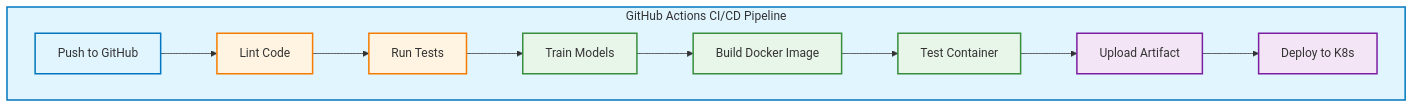
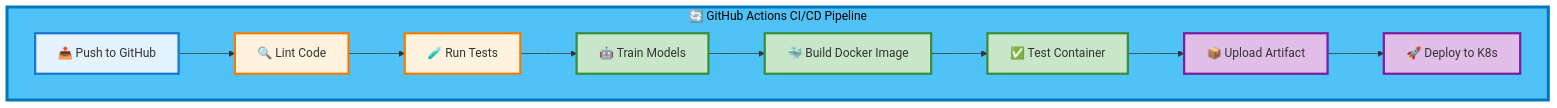
One commit to 2024aa05820/heart-disease-mlops changed the fourth of 9 diagrams in README.md. Above: the diagram before and after it, drawn with Mermaid. The commit also changed other lines of this file, not shown here.

First line of the commit message:
Enhance Mermaid diagrams with vibrant colors and better visibility

````diff
--- a/README.md
+++ b/README.md
@@ -274,22 +296,22 @@
 ```mermaid
 graph TB
-    subgraph GA_PIPELINE["GitHub Actions CI/CD Pipeline"]
-        A["Push to GitHub"] --> B["Lint Code"]
-        B --> C["Run Tests"]
-        C --> D["Train Models"]
-        D --> E["Build Docker Image"]
-        E --> F["Test Container"]
-        F --> G["Upload Artifact"]
-        G --> H["Deploy to K8s"]
+    subgraph GA_PIPELINE["🔄 GitHub Actions CI/CD Pipeline"]
+        A["📤 Push to GitHub"] --> B["🔍 Lint Code"]
+        B --> C["🧪 Run Tests"]
+        C --> D["🤖 Train Models"]
+        D --> E["🐳 Build Docker Image"]
+        E --> F["✅ Test Container"]
+        F --> G["📦 Upload Artifact"]
+        G --> H["🚀 Deploy to K8s"]
     end
     
-    style GA_PIPELINE fill:#e1f5ff,stroke:#0277bd,stroke-width:2px
-    style A fill:#e1f5ff,stroke:#0277bd,stroke-width:2px
-    style B fill:#fff4e1,stroke:#f57c00,stroke-width:2px
-    style C fill:#fff4e1,stroke:#f57c00,stroke-width:2px
-    style D fill:#e8f5e9,stroke:#388e3c,stroke-width:2px
-    style E fill:#e8f5e9,stroke:#388e3c,stroke-width:2px
-    style F fill:#e8f5e9,stroke:#388e3c,stroke-width:2px
-    style G fill:#f3e5f5,stroke:#7b1fa2,stroke-width:2px
-    style H fill:#f3e5f5,stroke:#7b1fa2,stroke-width:2px
+    style GA_PIPELINE fill:#4FC3F7,stroke:#0277BD,stroke-width:4px,color:#000
+    style A fill:#E3F2FD,stroke:#1976D2,stroke-width:3px
+    style B fill:#FFF3E0,stroke:#F57C00,stroke-width:3px
+    style C fill:#FFF3E0,stroke:#F57C00,stroke-width:3px
+    style D fill:#C8E6C9,stroke:#388E3C,stroke-width:3px
+    style E fill:#C8E6C9,stroke:#388E3C,stroke-width:3px
+    style F fill:#C8E6C9,stroke:#388E3C,stroke-width:3px
+    style G fill:#E1BEE7,stroke:#7B1FA2,stroke-width:3px
+    style H fill:#E1BEE7,stroke:#7B1FA2,stroke-width:3px
 ```
````
